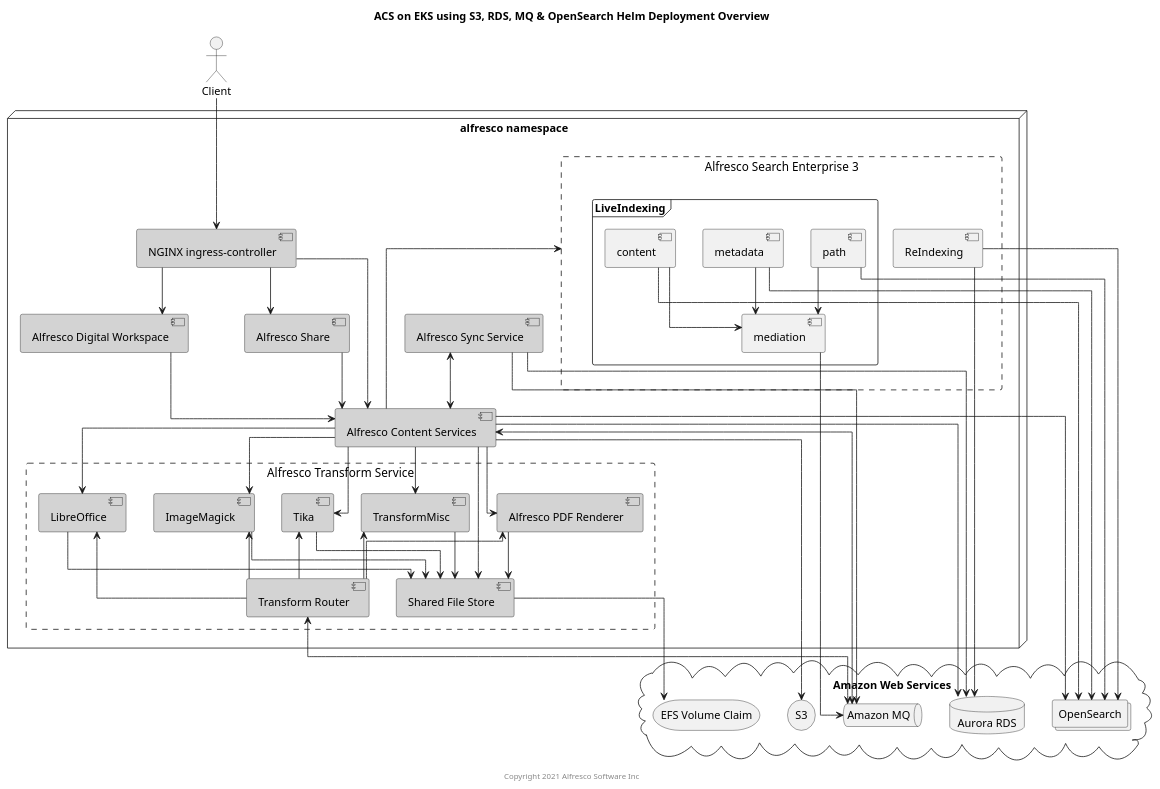
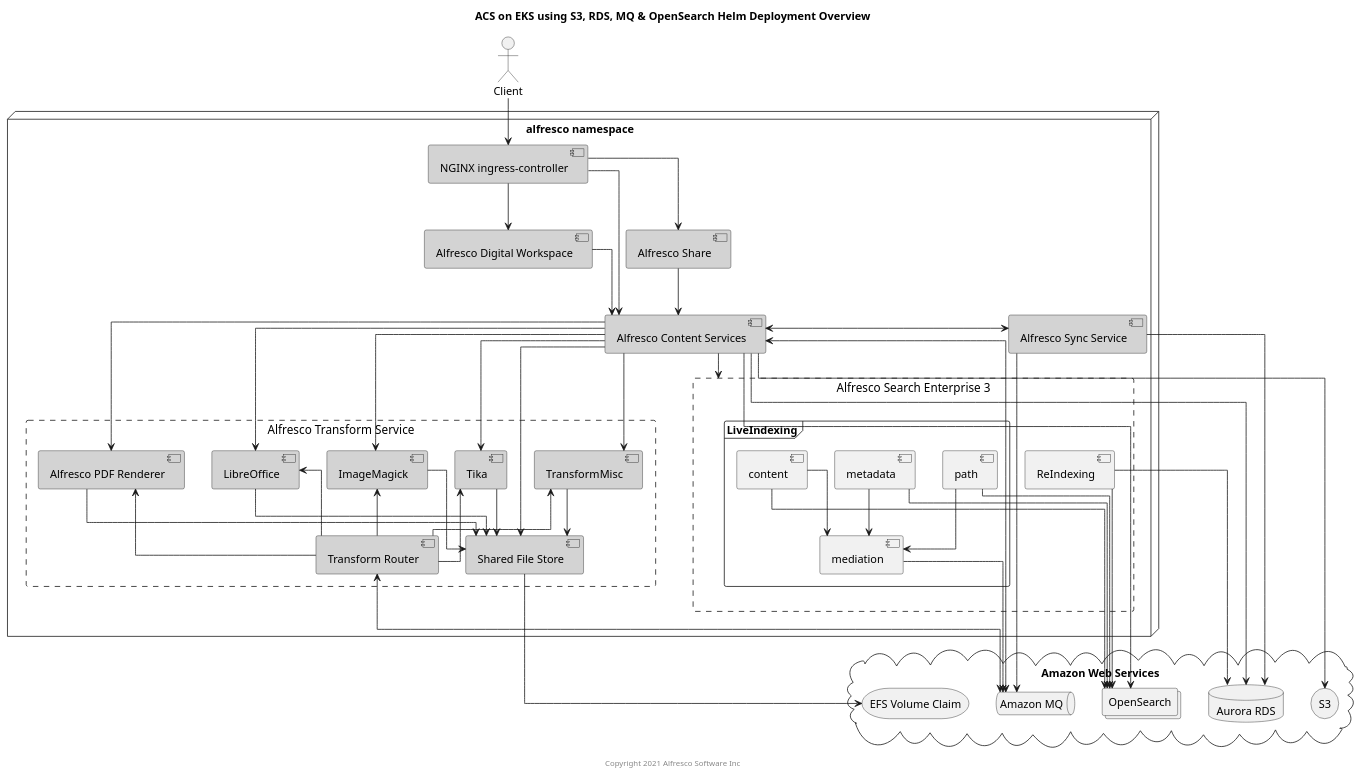
One commit to Alfresco/acs-deployment changed the diagram in docs/helm/diagrams/helm-eks-aws-services.puml. Above: the diagram before and after it, drawn with PlantUML. The commit also changed 8 other files, not shown here.

Commit message:
amend puml diagrams

```diff
--- a/docs/helm/diagrams/helm-eks-aws-services.puml
+++ b/docs/helm/diagrams/helm-eks-aws-services.puml
@@ -1,98 +1,100 @@
 @startuml
 
 Title: ACS on EKS using S3, RDS, MQ & OpenSearch Helm Deployment Overview
 
 skinparam componentStyle uml2
 skinparam linetype ortho
 skinparam rectangle {
     BorderStyle dashed
     FontSize 15
     FontStyle none
 }
 
 actor Client
 
 node "alfresco namespace" {
     component "NGINX ingress-controller" as nginx #lightgrey
     component "Alfresco Digital Workspace" as adw #lightgrey
-    component "Alfresco Content Services" as acs #lightgrey
+    together {
+        component "Alfresco Content Services" as acs #lightgrey
+        component "Alfresco Share" as share #lightgrey
+    }
     rectangle "Alfresco Search Enterprise 3" as se3 {
         frame "LiveIndexing" as se3liveidx {
             component "mediation" as se3mediation
             component "content" as se3content
             component "metadata" as se3metadata
             component "path" as se3path
         }
         component "ReIndexing" as se3reidx
     }
     component "Alfresco Sync Service" as sync #lightgrey
-    component "Alfresco Share" as share #lightgrey
     rectangle "Alfresco Transform Service" {
         component "Transform Router" as tr #lightgrey
         component "Shared File Store" as sfs #lightgrey
         component "Alfresco PDF Renderer" as pdfr #lightgrey
         component "LibreOffice" as libr #lightgrey
         component "ImageMagick" as img #lightgrey
         component "Tika" as tika #lightgrey
         component "TransformMisc" as misc #lightgrey
     }
 }
 
 cloud "Amazon Web Services" {
     database "Aurora RDS" as db
     storage "S3" as s3
     storage "EFS Volume Claim" as vc
     queue "Amazon MQ" as mq
     collections "OpenSearch" as osearch
 }
 
 Client --> nginx
 
 nginx --> acs
 nginx --> share
 nginx --> adw
 
-se3 -[hidden]- sync
+acs -[hidden]- se3
 acs --> s3
 acs --> osearch
 se3content --> osearch
 se3metadata --> osearch
 se3path --> osearch
 se3content --> se3mediation
 se3metadata --> se3mediation
 se3path --> se3mediation
 se3mediation --> mq
 se3reidx --> db
 se3reidx --> osearch
 sfs --> vc
 
 se3 <-- acs
 acs --> db
 acs --> pdfr
 acs --> libr
 acs --> img
 acs --> tika
 acs --> misc
 acs --> sfs
 acs <--> mq
 tr -up-> pdfr
 tr -up-> libr
 tr -up-> img
 tr -up-> tika
 tr -up-> misc
 tr <--> mq
 pdfr --> sfs
 libr --> sfs
 img --> sfs
 tika --> sfs
 misc --> sfs
 share --> acs
 adw --> acs
 
-sync <--> acs
+sync <-> acs
 sync --> db
 sync --> mq
 
 center footer Copyright 2021 Alfresco Software Inc
 
 @enduml
```
